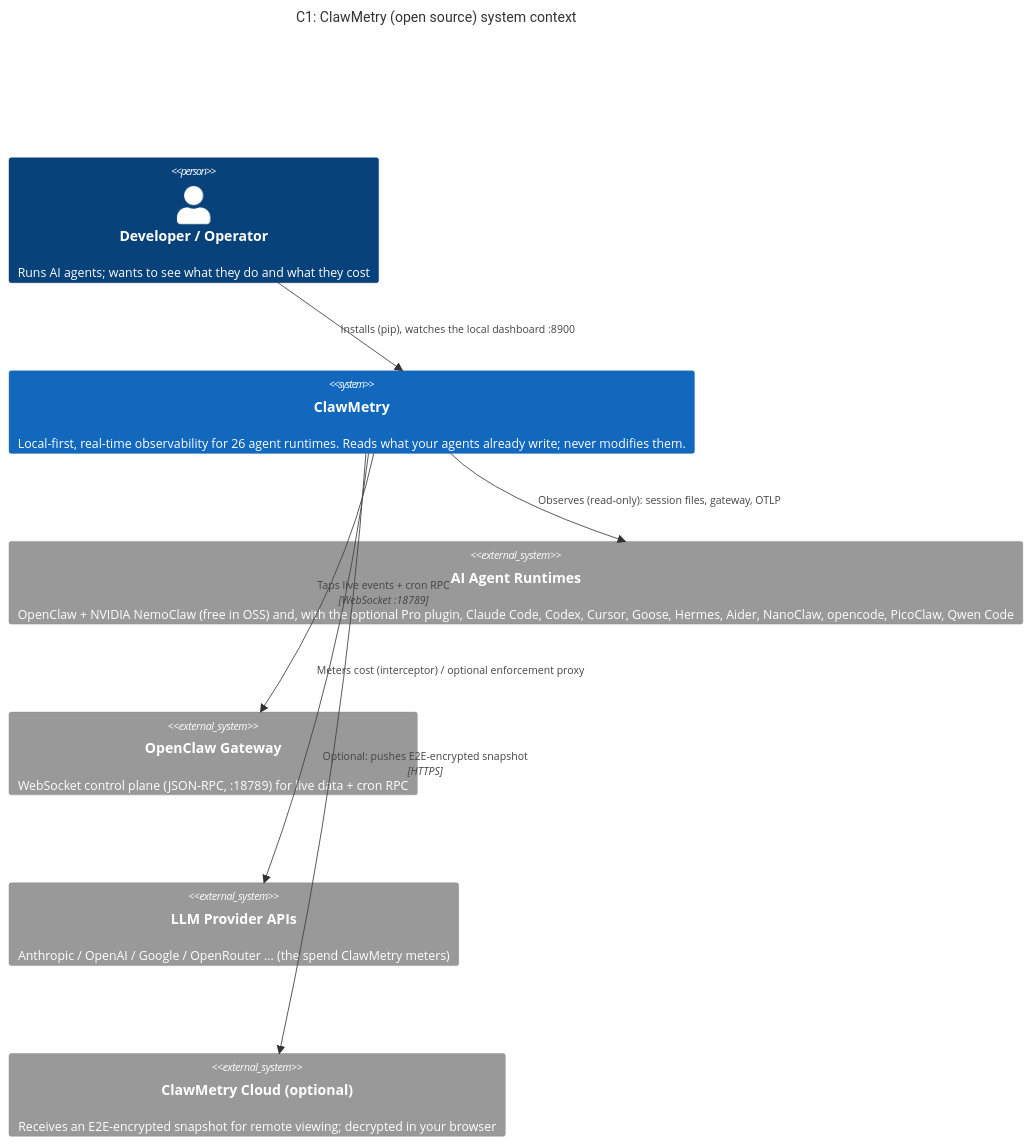
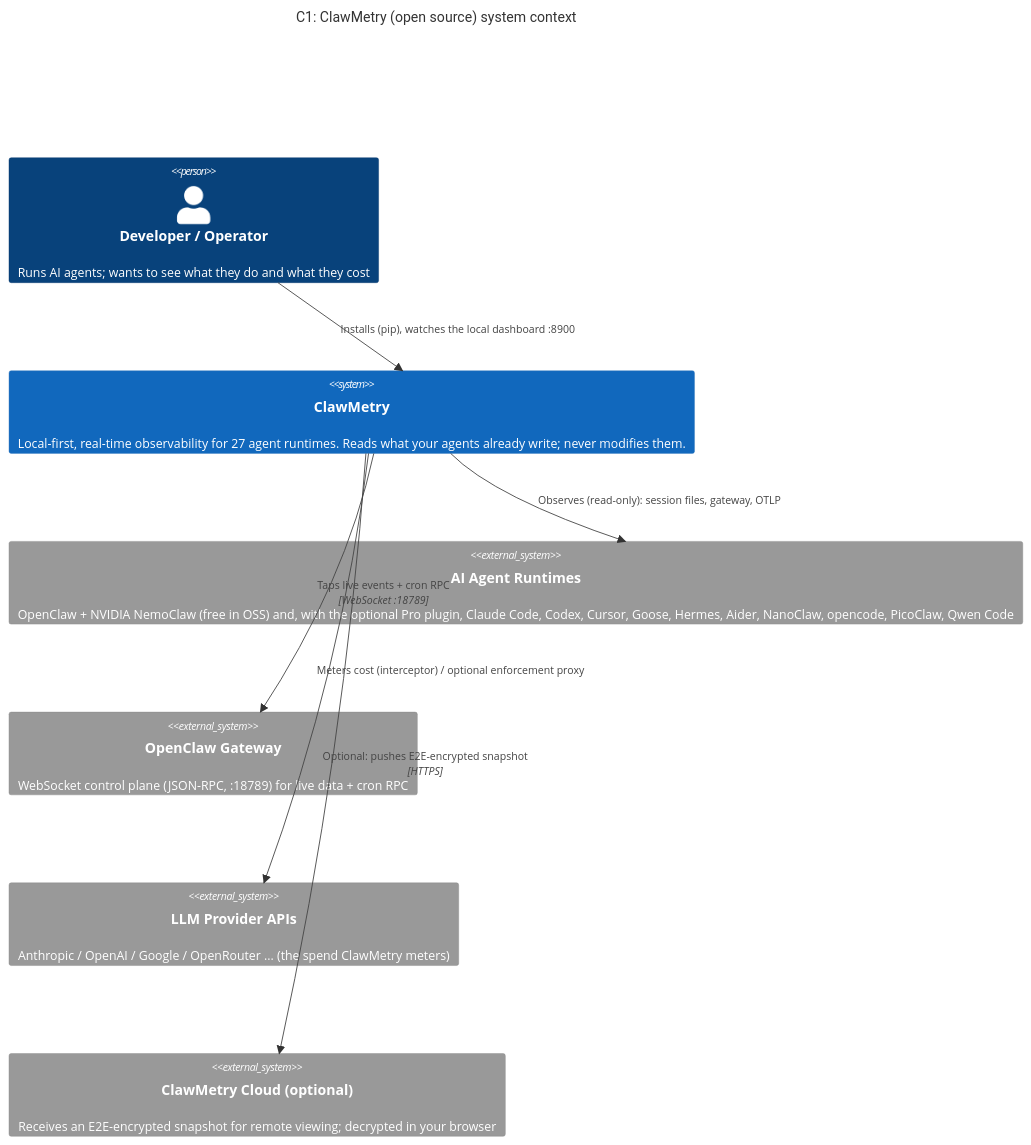
Before and after one commit to vivekchand/clawmetry: the first of 2 diagrams in ARCHITECTURE.md, drawn with Mermaid. The commit also changed 34 other files, not shown here.

````diff
--- a/ARCHITECTURE.md
+++ b/ARCHITECTURE.md
@@ -37,18 +37,18 @@
 ```mermaid
 C4Context
 title C1: ClawMetry (open source) system context
 
 Person(dev, "Developer / Operator", "Runs AI agents; wants to see what they do and what they cost")
-System(clawmetry, "ClawMetry", "Local-first, real-time observability for 26 agent runtimes. Reads what your agents already write; never modifies them.")
+System(clawmetry, "ClawMetry", "Local-first, real-time observability for 27 agent runtimes. Reads what your agents already write; never modifies them.")
 
 System_Ext(runtimes, "AI Agent Runtimes", "OpenClaw + NVIDIA NemoClaw (free in OSS) and, with the optional Pro plugin, Claude Code, Codex, Cursor, Goose, Hermes, Aider, NanoClaw, opencode, PicoClaw, Qwen Code")
 System_Ext(gateway, "OpenClaw Gateway", "WebSocket control plane (JSON-RPC, :18789) for live data + cron RPC")
 System_Ext(llm, "LLM Provider APIs", "Anthropic / OpenAI / Google / OpenRouter ... (the spend ClawMetry meters)")
 System_Ext(cloud, "ClawMetry Cloud (optional)", "Receives an E2E-encrypted snapshot for remote viewing; decrypted in your browser")
 
 Rel(dev, clawmetry, "Installs (pip), watches the local dashboard :8900")
 Rel(clawmetry, runtimes, "Observes (read-only): session files, gateway, OTLP")
 Rel(clawmetry, gateway, "Taps live events + cron RPC", "WebSocket :18789")
 Rel(clawmetry, llm, "Meters cost (interceptor) / optional enforcement proxy")
 Rel(clawmetry, cloud, "Optional: pushes E2E-encrypted snapshot", "HTTPS")
 ```
````
